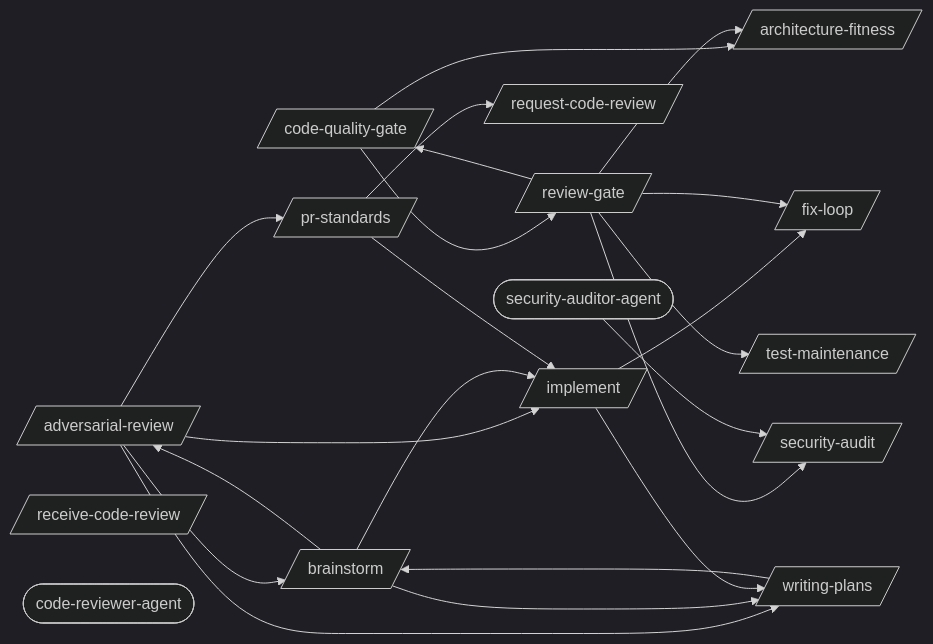
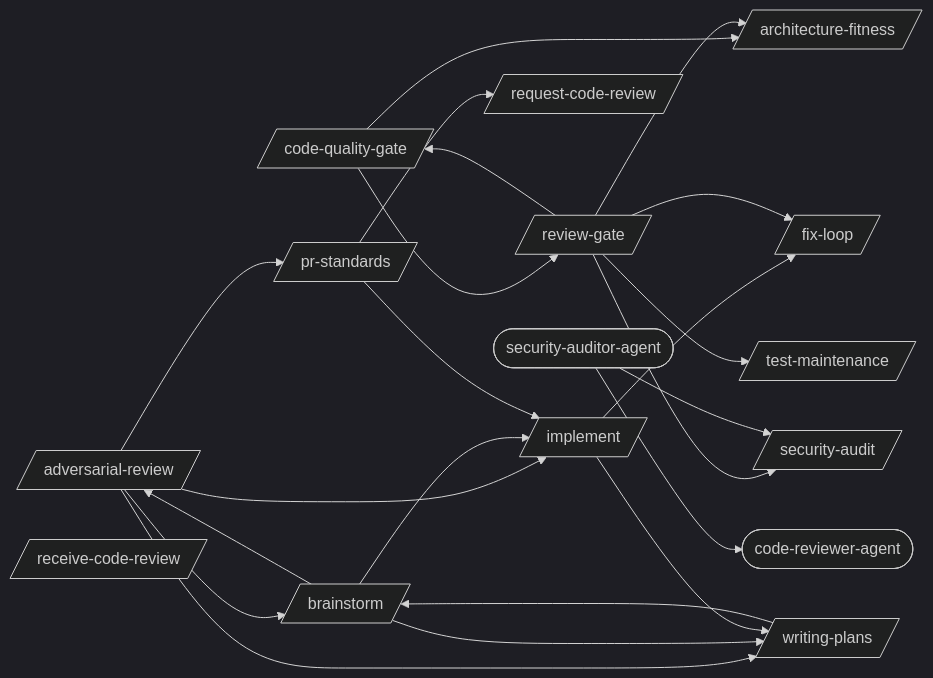
The first of 2 diagrams in docs/workflows/code-review.md (abhayla/claude-best-practices), drawn with Mermaid (dark theme) before and after one commit. The commit also changed other lines of this file and 10 other files, not shown here.

````diff
--- a/docs/workflows/code-review.md
+++ b/docs/workflows/code-review.md
@@ -9,38 +9,39 @@
 ```mermaid
 graph LR
     adversarial_review[/adversarial-review/]
     architecture_fitness[/architecture-fitness/]
     brainstorm[/brainstorm/]
     code_quality_gate[/code-quality-gate/]
     fix_loop[/fix-loop/]
     implement[/implement/]
     pr_standards[/pr-standards/]
     receive_code_review[/receive-code-review/]
     request_code_review[/request-code-review/]
     review_gate[/review-gate/]
     security_audit[/security-audit/]
     test_maintenance[/test-maintenance/]
     writing_plans[/writing-plans/]
     code_reviewer_agent([code-reviewer-agent])
     security_auditor_agent([security-auditor-agent])
     adversarial_review --> brainstorm
     adversarial_review --> implement
     adversarial_review --> pr_standards
     adversarial_review --> writing_plans
     brainstorm --> adversarial_review
     brainstorm --> implement
     brainstorm --> writing_plans
     code_quality_gate --> architecture_fitness
     code_quality_gate --> review_gate
     implement --> fix_loop
     implement --> writing_plans
     pr_standards --> implement
     pr_standards --> request_code_review
     review_gate --> architecture_fitness
     review_gate --> code_quality_gate
     review_gate --> fix_loop
     review_gate --> security_audit
     review_gate --> test_maintenance
     writing_plans --> brainstorm
     security_auditor_agent --> security_audit
+    security_auditor_agent --> code_reviewer_agent
 ```
````
